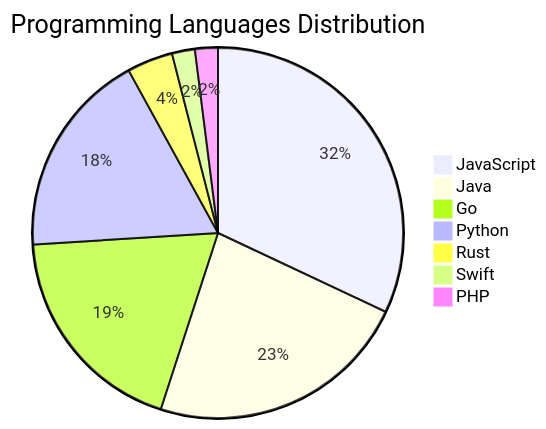
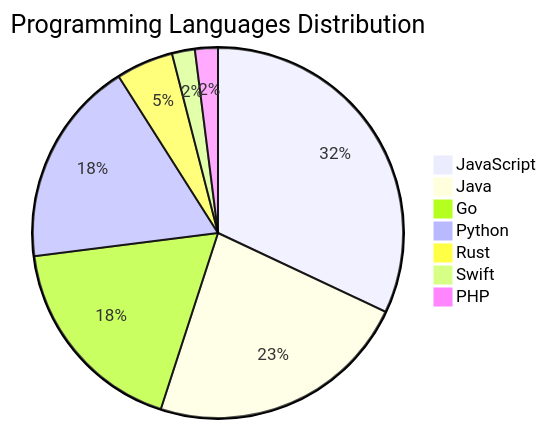
One commit to Derrick-MUGISHA/github-activity-bot changed the diagram in README.md. Above: the diagram before and after it, drawn with Mermaid. The commit also changed other lines of this file and 3 other files, not shown here.

````diff
--- a/README.md
+++ b/README.md
@@ -73,10 +73,10 @@
 ```mermaid
 pie title Programming Languages Distribution
     "JavaScript" : 32
     "Java" : 23
-    "Go" : 19
+    "Go" : 18
     "Python" : 18
-    "Rust" : 4
+    "Rust" : 5
     "Swift" : 2
     "PHP" : 2
 ```
````
